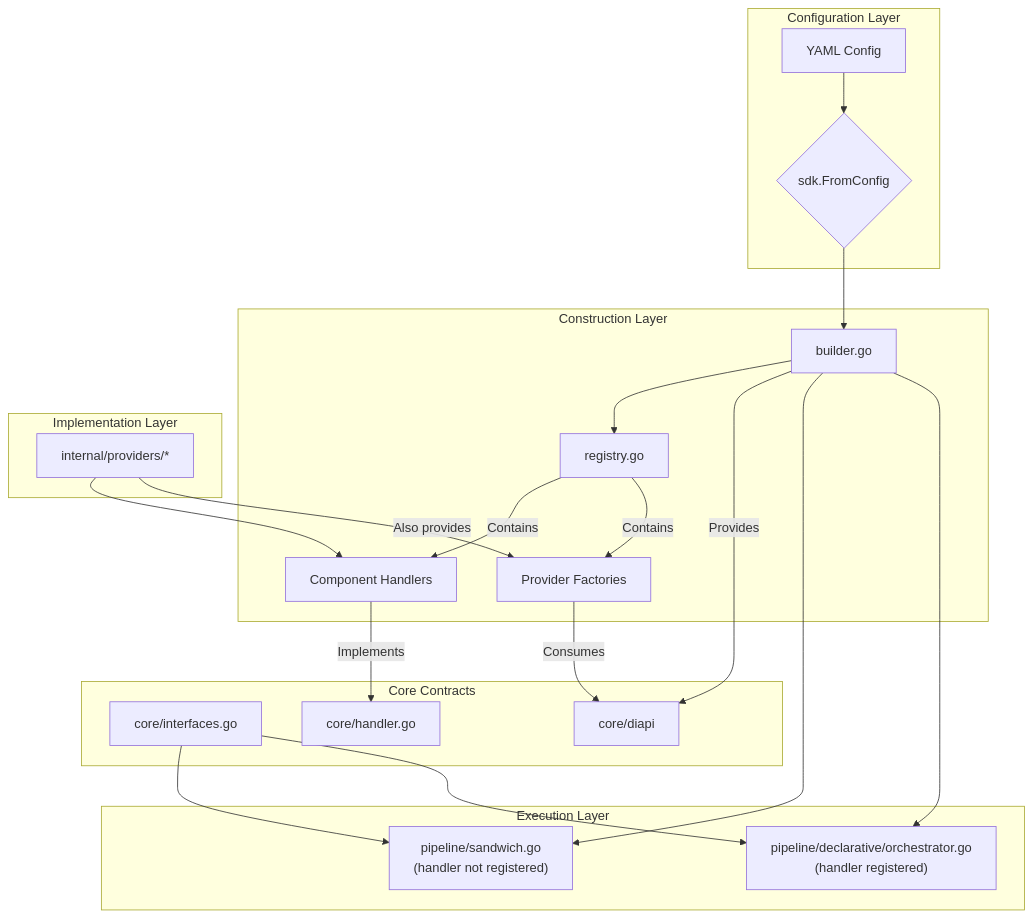
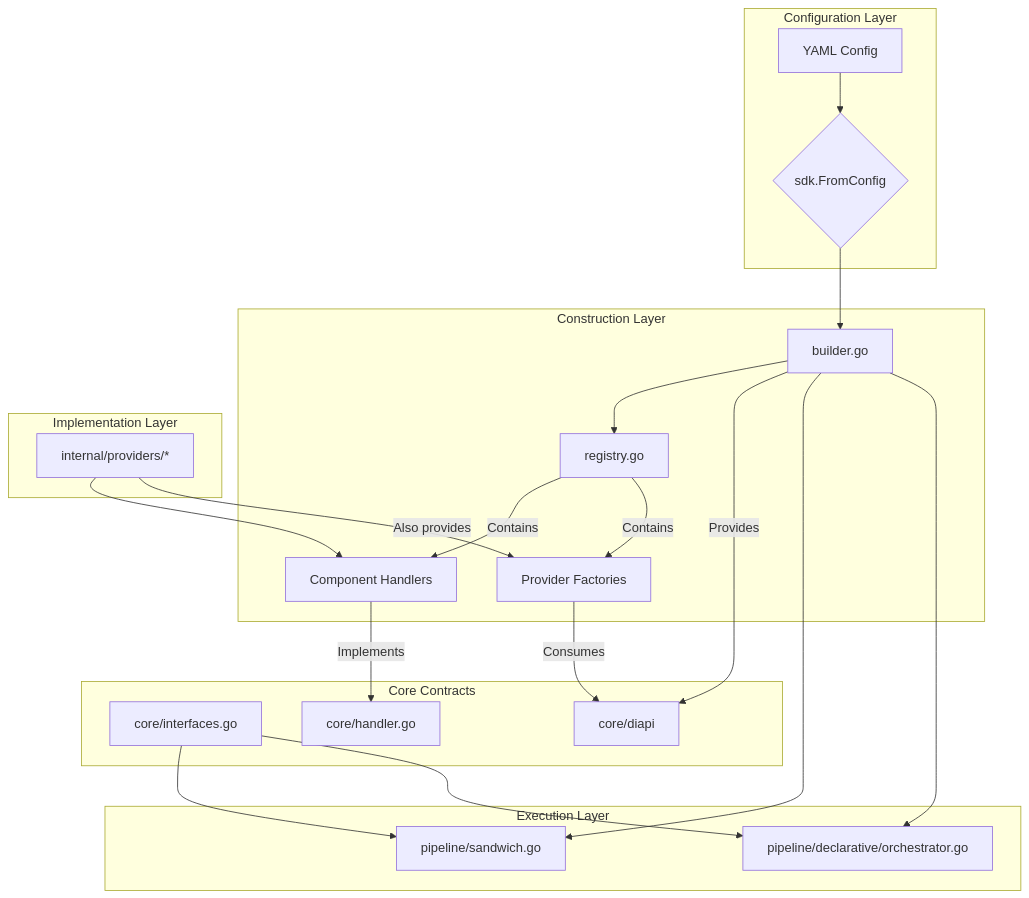
Before and after one commit to duynguyendang/manglekit: the first of 2 diagrams in docs/LLD.md, drawn with Mermaid. The commit also changed other lines of this file and 2 other files, not shown here.

First line of the commit message:
docs: Synchronize architectural documents and resolve all GAPs

````diff
--- a/docs/LLD.md
+++ b/docs/LLD.md
@@ -17,37 +17,37 @@
 ```mermaid
 graph TD
     subgraph "Configuration Layer"
         A[YAML Config] --> B{sdk.FromConfig}
     end
 
     subgraph "Construction Layer"
         B --> C[builder.go]
         C --> D[registry.go]
         D -- Contains --> E[Component Handlers]
         D -- Contains --> F[Provider Factories]
     end
 
     subgraph "Core Contracts"
         G[core/interfaces.go]
         H[core/handler.go]
         I[core/diapi]
     end
 
     subgraph "Implementation Layer"
         E -- Implements --> H
         F -- Consumes --> I
         C -- Provides --> I
         J[internal/providers/*] --> E
         J -- Also provides --> F
     end
 
     subgraph "Execution Layer"
-        K["pipeline/sandwich.go\n(handler not registered)"]
-        L["pipeline/declarative/orchestrator.go\n(handler registered)"]
+        K["pipeline/sandwich.go"]
+        L["pipeline/declarative/orchestrator.go"]
         C --> K
         C --> L
     end
 
     G --> K
     G --> L
 ```
````
